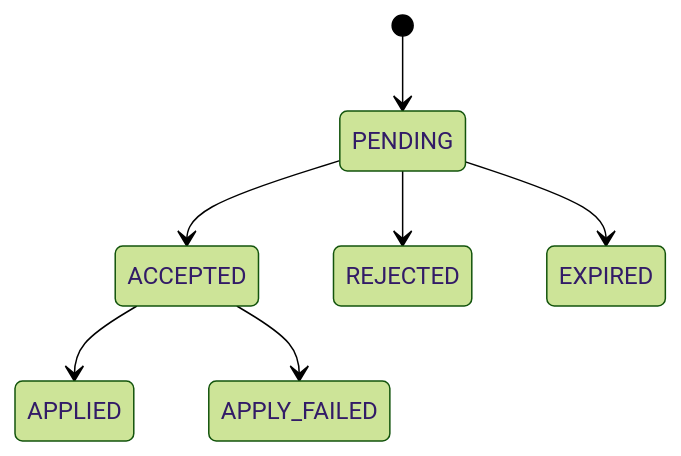
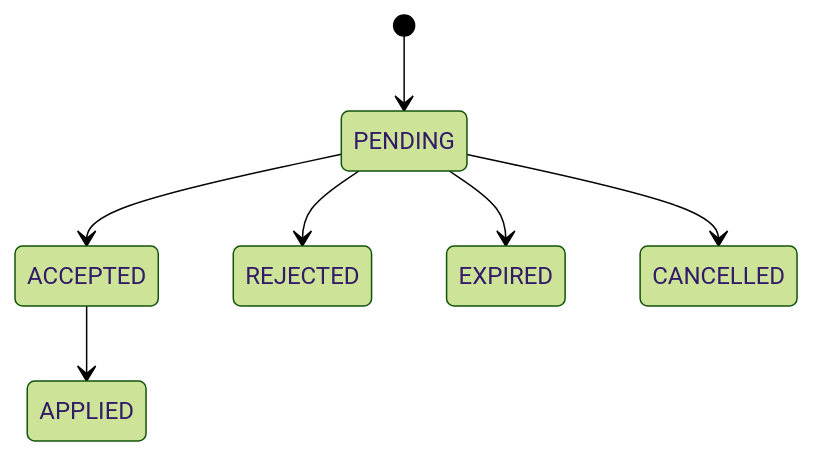
The third of 3 diagrams in docs/02-domain/lifecycles.md (Ducbaynao/ai-integrated-personalized-online-fitness-coaching-system), drawn with Mermaid (forest theme) before and after one commit. The commit also changed other lines of this file and 15 other files, not shown here.

````diff
--- a/docs/02-domain/lifecycles.md
+++ b/docs/02-domain/lifecycles.md
@@ -143,9 +143,9 @@
 ```mermaid
 stateDiagram-v2
     [*] --> PENDING
     PENDING --> ACCEPTED
     PENDING --> REJECTED
     PENDING --> EXPIRED
     ACCEPTED --> APPLIED
-    ACCEPTED --> APPLY_FAILED
+    PENDING --> CANCELLED
 ```
````
